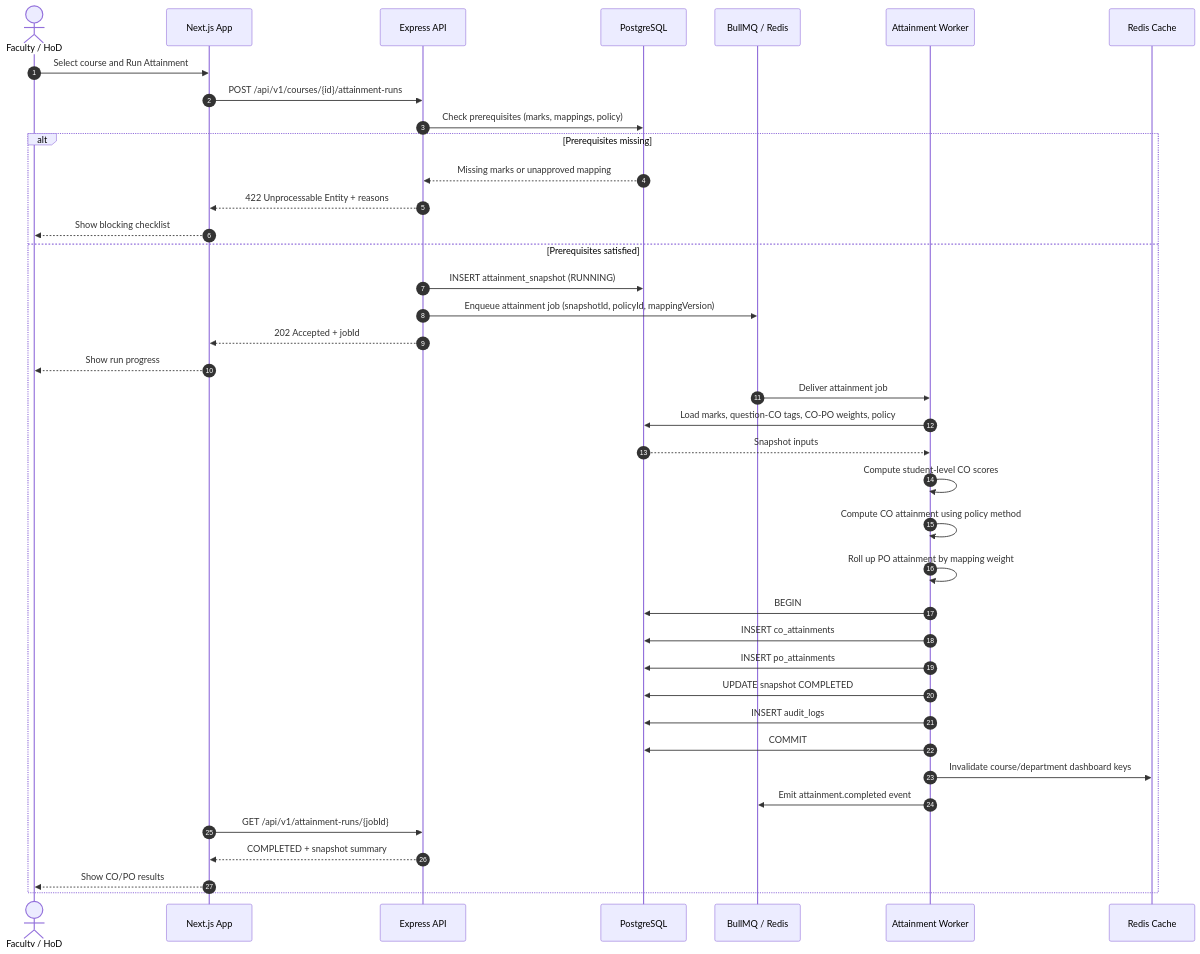
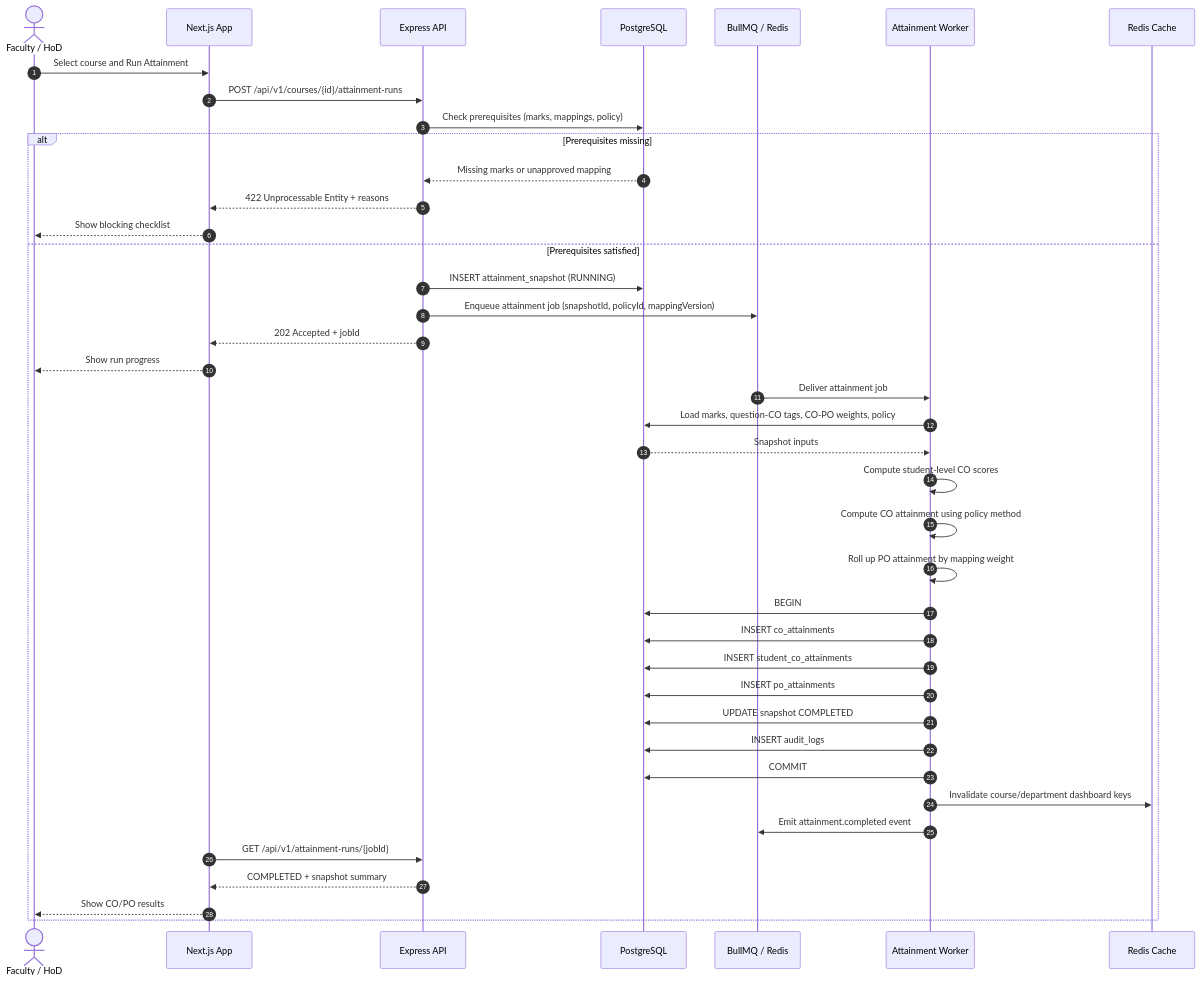
One commit to harshh-debug/2026-2027_IT-B_20240110085 changed the fourth of 9 diagrams in EX7README.md. Above: the diagram before and after it, drawn with Mermaid. The commit also changed other lines of this file, not shown here.

Commit message:
docs: persist student CO results in attainment flow

````diff
--- a/EX7README.md
+++ b/EX7README.md
@@ -180,43 +180,44 @@
 ```mermaid
 sequenceDiagram
     autonumber
     actor F as Faculty / HoD
     participant WEB as Next.js App
     participant API as Express API
     participant DB as PostgreSQL
     participant Q as BullMQ / Redis
     participant W as Attainment Worker
     participant C as Redis Cache
 
     F->>WEB: Select course and Run Attainment
     WEB->>API: POST /api/v1/courses/{id}/attainment-runs
     API->>DB: Check prerequisites (marks, mappings, policy)
     alt Prerequisites missing
         DB-->>API: Missing marks or unapproved mapping
         API-->>WEB: 422 Unprocessable Entity + reasons
         WEB-->>F: Show blocking checklist
     else Prerequisites satisfied
         API->>DB: INSERT attainment_snapshot (RUNNING)
         API->>Q: Enqueue attainment job (snapshotId, policyId, mappingVersion)
         API-->>WEB: 202 Accepted + jobId
         WEB-->>F: Show run progress
 
         Q->>W: Deliver attainment job
         W->>DB: Load marks, question-CO tags, CO-PO weights, policy
         DB-->>W: Snapshot inputs
         W->>W: Compute student-level CO scores
         W->>W: Compute CO attainment using policy method
         W->>W: Roll up PO attainment by mapping weight
         W->>DB: BEGIN
         W->>DB: INSERT co_attainments
+        W->>DB: INSERT student_co_attainments
         W->>DB: INSERT po_attainments
         W->>DB: UPDATE snapshot COMPLETED
         W->>DB: INSERT audit_logs
         W->>DB: COMMIT
         W->>C: Invalidate course/department dashboard keys
         W->>Q: Emit attainment.completed event
         WEB->>API: GET /api/v1/attainment-runs/{jobId}
         API-->>WEB: COMPLETED + snapshot summary
         WEB-->>F: Show CO/PO results
     end
 ```
````
